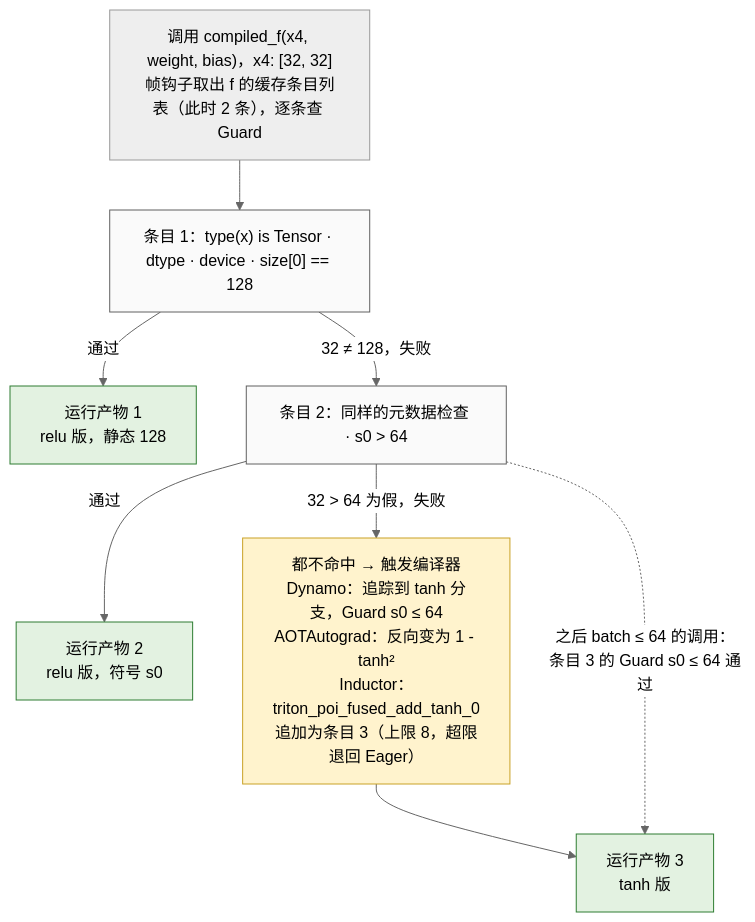
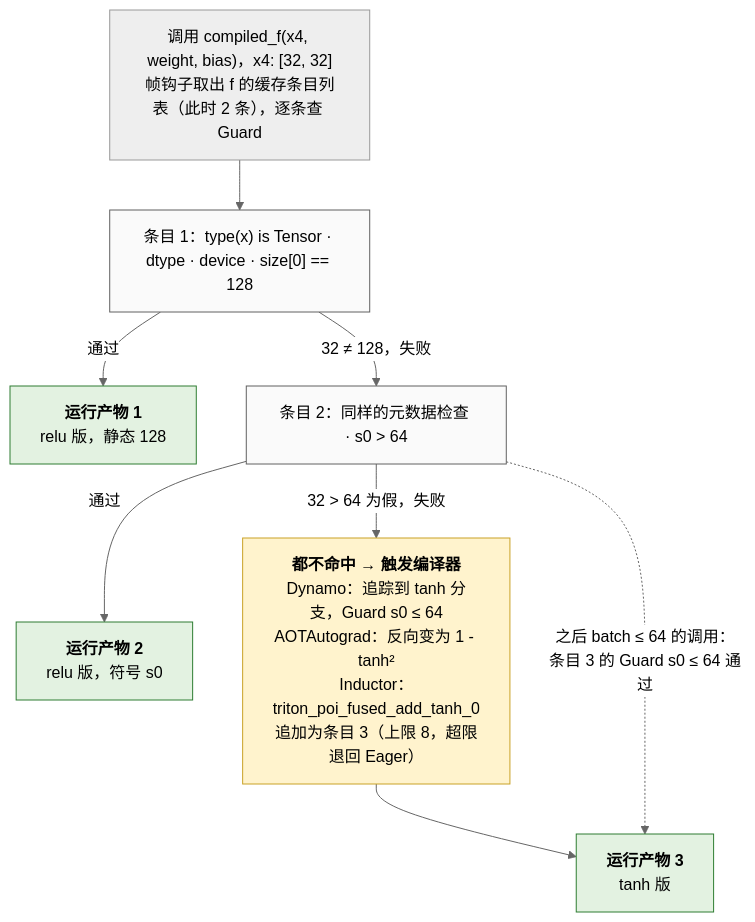
One commit to arganzheng/arganzheng.github.com changed the seventh of 8 diagrams in _posts/2026-02-23-pytorch-compilation-and-graph-optimization.md. Above: the diagram before and after it, drawn with Mermaid (neutral theme). The commit also changed other lines of this file and 10 other files, not shown here.

First line of the commit message:
PyTorch 深度实践：从 Tensor 到深度学习运行时：Mermaid 多行方框的首行标为标题（11 篇）

````diff
--- a/_posts/2026-02-23-pytorch-compilation-and-graph-optimization.md
+++ b/_posts/2026-02-23-pytorch-compilation-and-graph-optimization.md
@@ -1011,18 +1011,18 @@
 ```mermaid
 %% 图：第四次调用走到另一条分支：逐条查 Guard 都不命中，才进流水线追加第三份编译产物
 flowchart TB
     IN["调用 compiled_f(x4, weight, bias)，x4: #91;32, 32#93;<br/>帧钩子取出 f 的缓存条目列表（此时 2 条），逐条查 Guard"]
     IN --> E1["条目 1：type(x) is Tensor · dtype · device · size#91;0#93; == 128"]
-    E1 -->|"通过"| P1["运行产物 1<br/>relu 版，静态 128"]
+    E1 -->|"通过"| P1["<b>运行产物 1</b><br/>relu 版，静态 128"]
     E1 -->|"32 ≠ 128，失败"| E2["条目 2：同样的元数据检查 · s0 > 64"]
-    E2 -->|"通过"| P2["运行产物 2<br/>relu 版，符号 s0"]
-    E2 -->|"32 > 64 为假，失败"| RC["都不命中 → 触发编译器<br/>Dynamo：追踪到 tanh 分支，Guard s0 ≤ 64<br/>AOTAutograd：反向变为 1 - tanh²<br/>Inductor：triton_poi_fused_add_tanh_0<br/>追加为条目 3（上限 8，超限退回 Eager）"]
-    RC --> P3["运行产物 3<br/>tanh 版"]
+    E2 -->|"通过"| P2["<b>运行产物 2</b><br/>relu 版，符号 s0"]
+    E2 -->|"32 > 64 为假，失败"| RC["<b>都不命中 → 触发编译器</b><br/>Dynamo：追踪到 tanh 分支，Guard s0 ≤ 64<br/>AOTAutograd：反向变为 1 - tanh²<br/>Inductor：triton_poi_fused_add_tanh_0<br/>追加为条目 3（上限 8，超限退回 Eager）"]
+    RC --> P3["<b>运行产物 3</b><br/>tanh 版"]
     E2 -.->|"之后 batch ≤ 64 的调用：<br/>条目 3 的 Guard s0 ≤ 64 通过"| P3
     classDef hit fill:#e3f2e1,stroke:#2e7d32;
     classDef guard fill:#fafafa,stroke:#616161;
     classDef compile fill:#fff3cd,stroke:#c9a227;
     class P1,P2,P3 hit;
     class E1,E2 guard;
     class RC compile;
 ```
````
